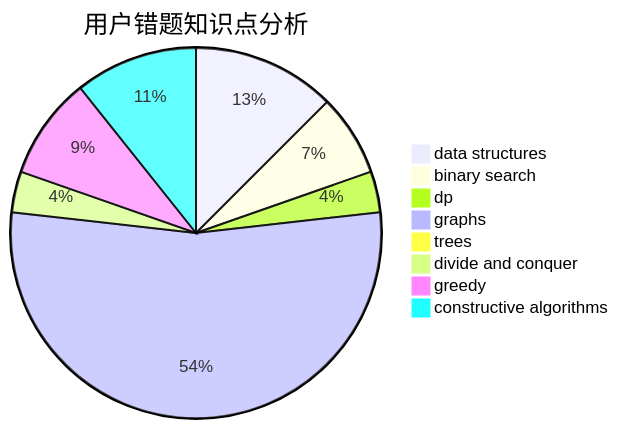
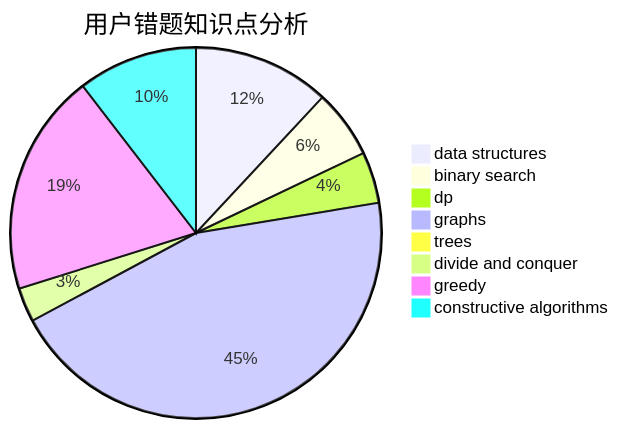
Before and after one commit to sherpahu/cfrs.github.io: the third of 3 diagrams in docs/user/u163.md, drawn with Mermaid. The commit also changed other lines of this file and 2770 other files, not shown here.

````diff
--- a/docs/user/u163.md
+++ b/docs/user/u163.md
@@ -36,11 +36,11 @@
 ```mermaid
 pie title 用户错题知识点分析
-    "data structures" :  7
+    "data structures" :  8
     "binary search" :  4
-    "dp" :  2
+    "dp" :  3
     "graphs" :  30
     "trees" :  0
     "divide and conquer" :  2
-    "greedy" :  5
-    "constructive algorithms" :  6
+    "greedy" :  13
+    "constructive algorithms" :  7
 ```
````
